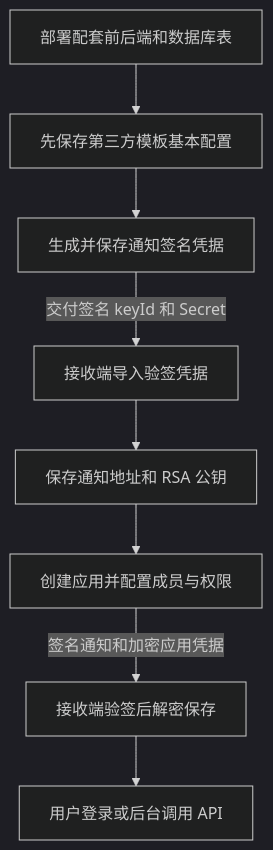
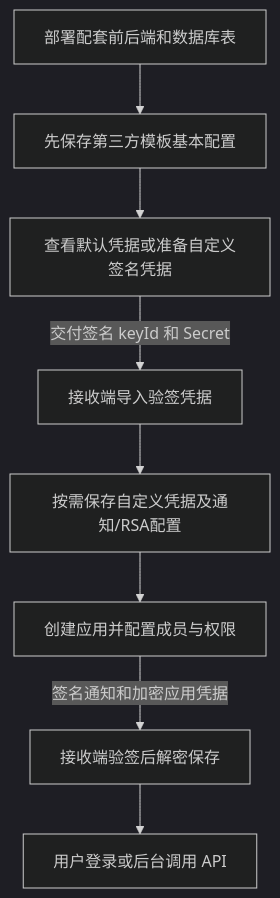
The diagram in docs/guides/第三方业务应用接入说明.md (jetlinks/jetlinks-api-sdk), drawn with Mermaid (dark theme) before and after one commit. The commit also changed other lines of this file and 1 other file, not shown here.

````diff
--- a/docs/guides/第三方业务应用接入说明.md
+++ b/docs/guides/第三方业务应用接入说明.md
@@ -20,10 +20,10 @@
 ```mermaid
 flowchart TD
     A["部署配套前后端和数据库表"] --> B["先保存第三方模板基本配置"]
-    B --> C["生成并保存通知签名凭据"]
+    B --> C["查看默认凭据或准备自定义签名凭据"]
     C -->|"交付签名 keyId 和 Secret"| D["接收端导入验签凭据"]
-    D --> E["保存通知地址和 RSA 公钥"]
+    D --> E["按需保存自定义凭据及通知/RSA配置"]
     E --> F["创建应用并配置成员与权限"]
     F -->|"签名通知和加密应用凭据"| G["接收端验签后解密保存"]
     G --> H["用户登录或后台调用 API"]
 ```
````
